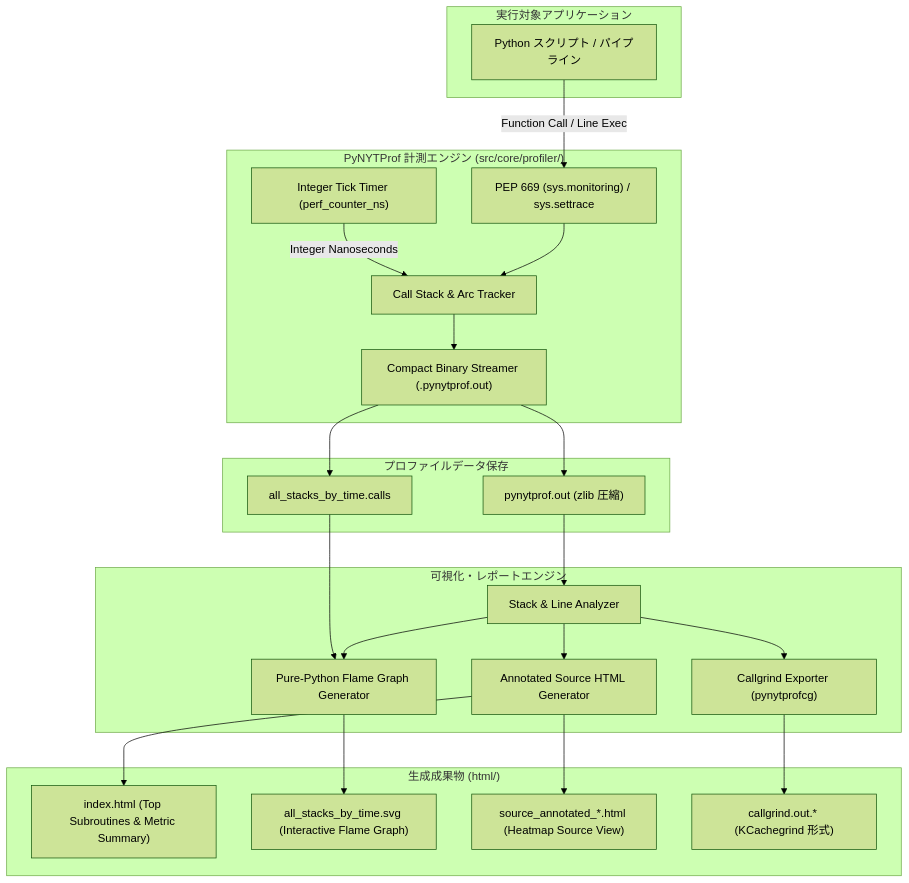
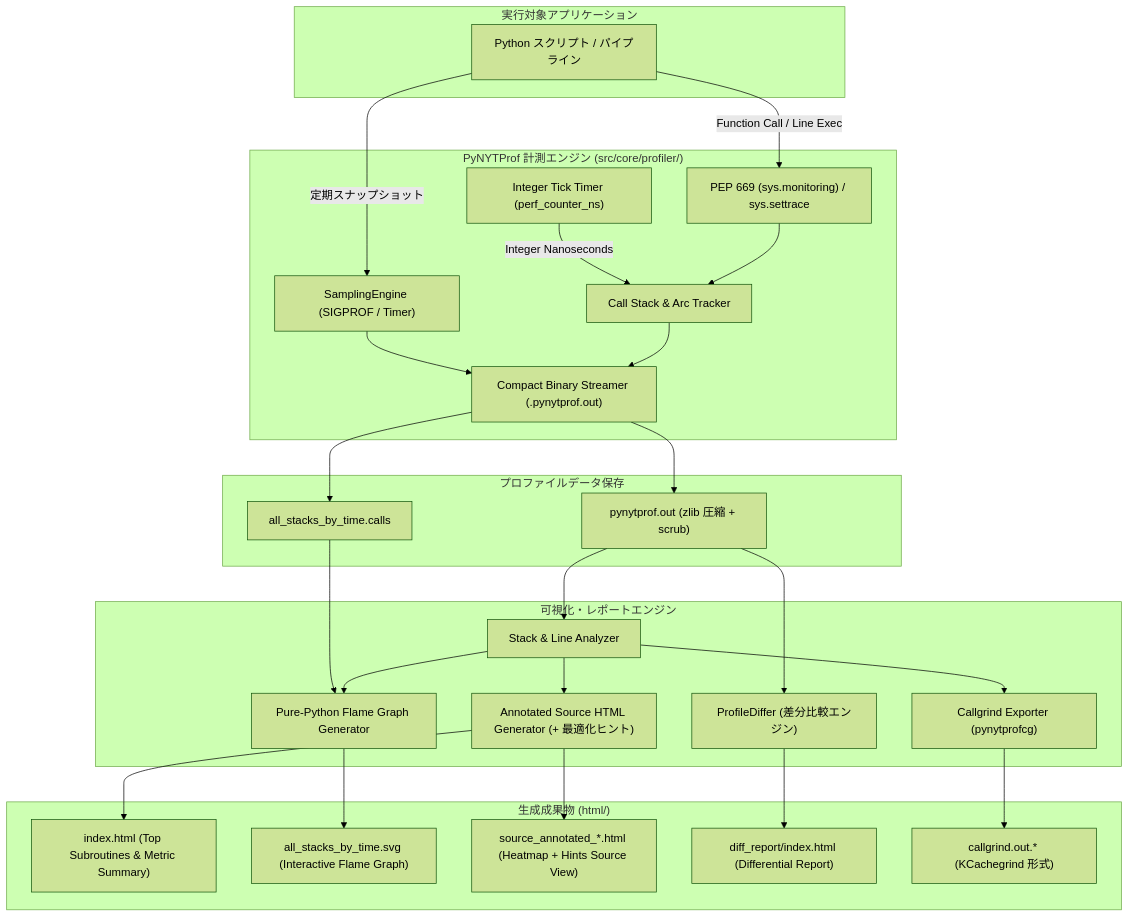
Before and after one commit to rokujyouhitoma/arxiv-security-papers: the first of 2 diagrams in docs/designs/DSN-28-python_nytprof_profiler_and_visualization_suite.md, drawn with Mermaid (forest theme). The commit also changed other lines of this file and 8 other files, not shown here.

Commit message:
feat(profiler): add sampling engine, diff profiler and optimization hints (ID: 374, 375)

````diff
--- a/docs/designs/DSN-28-python_nytprof_profiler_and_visualization_suite.md
+++ b/docs/designs/DSN-28-python_nytprof_profiler_and_visualization_suite.md
@@ -98,50 +142,57 @@
 ```mermaid
 graph TD
     subgraph Execution_Target ["実行対象アプリケーション"]
         App["Python スクリプト / パイプライン"]
     end
 
     subgraph Core_Engine ["PyNYTProf 計測エンジン (src/core/profiler/)"]
         Monitor["PEP 669 (sys.monitoring) / sys.settrace"]
+        Sampler["SamplingEngine (SIGPROF / Timer)"]
         Clock["Integer Tick Timer (perf_counter_ns)"]
         Tracker["Call Stack & Arc Tracker"]
         Streamer["Compact Binary Streamer (.pynytprof.out)"]
     end
 
     subgraph Storage_Layer ["プロファイルデータ保存"]
-        RawOut["pynytprof.out (zlib 圧縮)"]
+        RawOut["pynytprof.out (zlib 圧縮 + scrub)"]
         CallsStream["all_stacks_by_time.calls"]
     end
 
     subgraph Analysis_Reporting ["可視化・レポートエンジン"]
         Analyzer["Stack & Line Analyzer"]
         FlameGen["Pure-Python Flame Graph Generator"]
-        HtmlGen["Annotated Source HTML Generator"]
+        HtmlGen["Annotated Source HTML Generator (+ 最適化ヒント)"]
+        Differ["ProfileDiffer (差分比較エンジン)"]
         CallgrindExp["Callgrind Exporter (pynytprofcg)"]
     end
 
     subgraph Output_Artifacts ["生成成果物 (html/)"]
         IndexHtml["index.html (Top Subroutines & Metric Summary)"]
         FlameSvg["all_stacks_by_time.svg (Interactive Flame Graph)"]
-        SrcHtml["source_annotated_*.html (Heatmap Source View)"]
+        SrcHtml["source_annotated_*.html (Heatmap + Hints Source View)"]
+        DiffHtml["diff_report/index.html (Differential Report)"]
         CgOut["callgrind.out.* (KCachegrind 形式)"]
     end
 
     App -->|Function Call / Line Exec| Monitor
+    App -->|定期スナップショット| Sampler
     Clock -->|Integer Nanoseconds| Tracker
     Monitor --> Tracker
+    Sampler --> Streamer
     Tracker --> Streamer
     Streamer --> RawOut
     Streamer --> CallsStream
 
     RawOut --> Analyzer
+    RawOut --> Differ
     CallsStream --> FlameGen
     Analyzer --> FlameGen
     Analyzer --> HtmlGen
     Analyzer --> CallgrindExp
+    Differ --> DiffHtml
 
     FlameGen --> FlameSvg
     HtmlGen --> IndexHtml
     HtmlGen --> SrcHtml
     CallgrindExp --> CgOut
 ```
````
